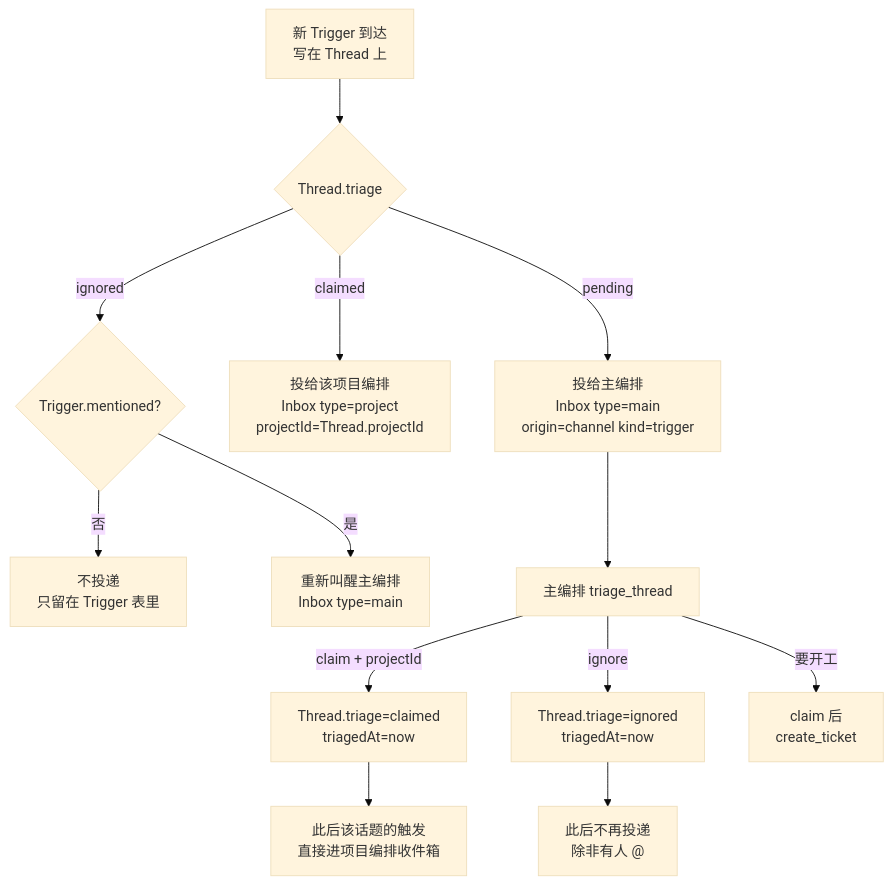
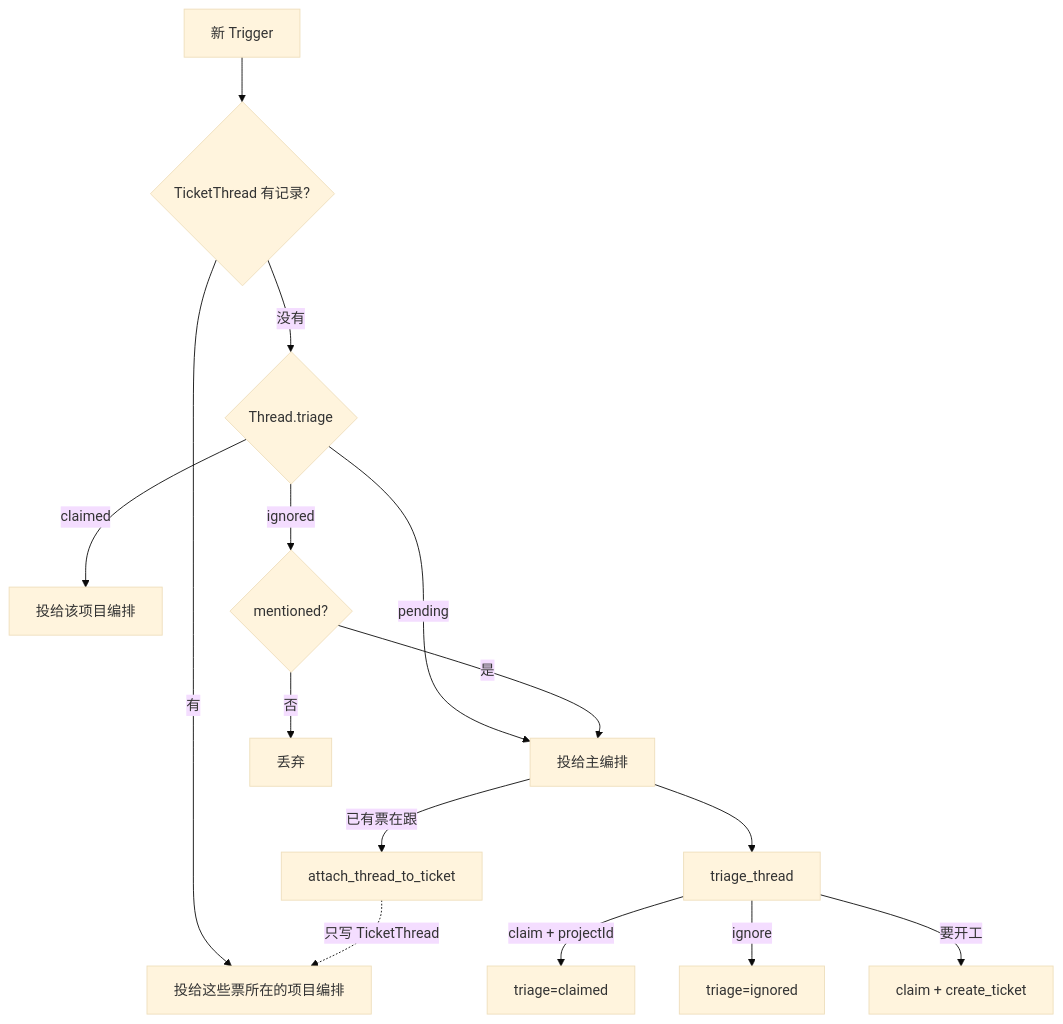
The second of 11 diagrams in docs/flow.md (omdsh-dev/dsh-nexus), drawn with Mermaid (base theme) before and after one commit. The commit also changed other lines of this file and 52 other files, not shown here.

````diff
--- a/docs/flow.md
+++ b/docs/flow.md
@@ -69,20 +48,22 @@
 ```mermaid
 flowchart TD
-    T["新 Trigger 到达<br/>写在 Thread 上"] --> Q{"Thread.triage"}
+    T["新 Trigger"] --> S{"TicketThread 有记录?"}
 
-    Q -->|pending| M["投给主编排<br/>Inbox type=main<br/>origin=channel kind=trigger"]
-    Q -->|claimed| P["投给该项目编排<br/>Inbox type=project<br/>projectId=Thread.projectId"]
-    Q -->|ignored| I{"Trigger.mentioned?"}
+    S -->|有| K["投给这些票所在的项目编排"]
+    S -->|没有| Q{"Thread.triage"}
 
-    I -->|否| DROP["不投递<br/>只留在 Trigger 表里"]
-    I -->|是| M2["重新叫醒主编排<br/>Inbox type=main"]
+    Q -->|pending| M["投给主编排"]
+    Q -->|claimed| P["投给该项目编排"]
+    Q -->|ignored| I{"mentioned?"}
 
-    M --> TRIAGE["主编排 triage_thread"]
+    I -->|否| DROP["丢弃"]
+    I -->|是| M
 
-    TRIAGE -->|"claim + projectId"| C["Thread.triage=claimed<br/>triagedAt=now"]
-    TRIAGE -->|ignore| G["Thread.triage=ignored<br/>triagedAt=now"]
-    TRIAGE -->|"要开工"| C2["claim 后<br/>create_ticket"]
+    M --> T2["triage_thread"]
+    T2 -->|"claim + projectId"| C["triage=claimed"]
+    T2 -->|ignore| G["triage=ignored"]
+    T2 -->|"要开工"| C2["claim + create_ticket"]
 
-    C --> NEXT["此后该话题的触发<br/>直接进项目编排收件箱"]
-    G --> DROP2["此后不再投递<br/>除非有人 @"]
+    M -->|"已有票在跟"| A["attach_thread_to_ticket"]
+    A -.->|"只写 TicketThread"| K
 ```
````
